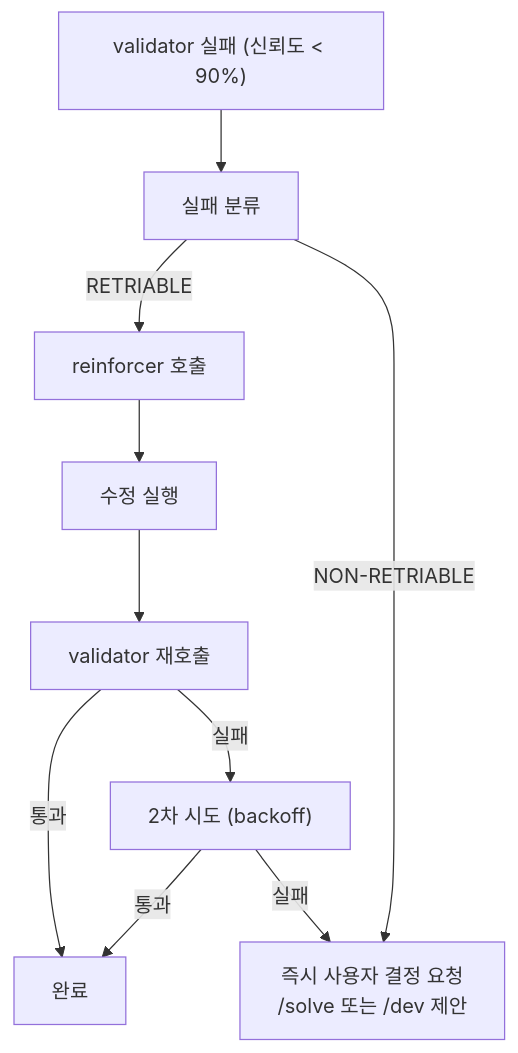
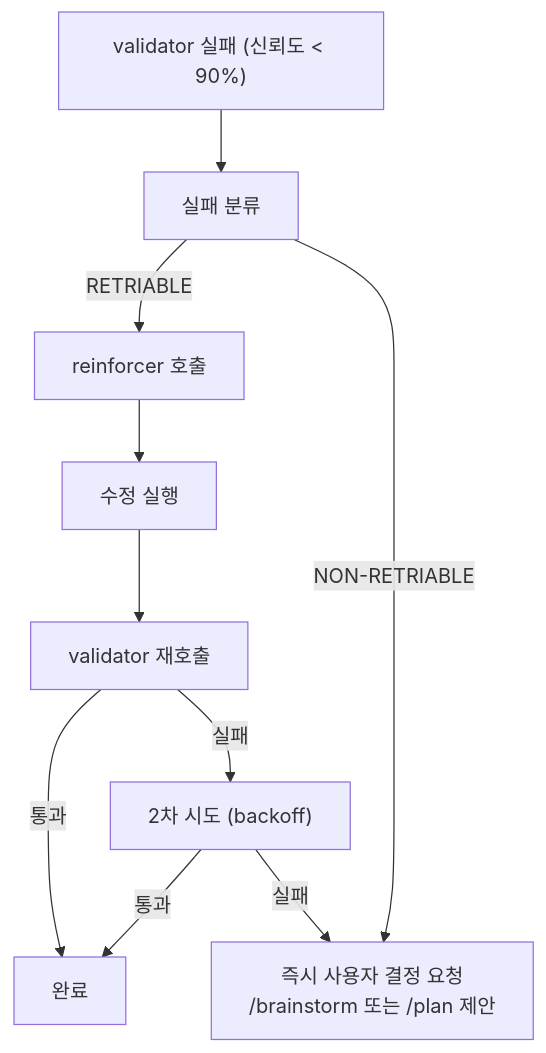
Before and after one commit to Wondermove-Inc/calab-claude-plugin: the first of 2 diagrams in plugins/calab-plugin/agents/reinforcer.md, drawn with Mermaid. The commit also changed other lines of this file and 69 other files, not shown here.

First line of the commit message:
refactor: 워크플로우 간소화 — /dev,/solve 제거, /brainstorm,/plan 도입

````diff
--- a/plugins/calab-plugin/agents/reinforcer.md
+++ b/plugins/calab-plugin/agents/reinforcer.md
@@ -311,13 +324,13 @@
 ```mermaid
 graph TD
     FAIL["validator 실패 (신뢰도 < 90%)"] --> CLASSIFY["실패 분류"]
     CLASSIFY -->|RETRIABLE| REINFORCE["reinforcer 호출"]
-    CLASSIFY -->|NON-RETRIABLE| USER_DECISION["즉시 사용자 결정 요청<br/>/solve 또는 /dev 제안"]
+    CLASSIFY -->|NON-RETRIABLE| USER_DECISION["즉시 사용자 결정 요청<br/>/brainstorm 또는 /plan 제안"]
 
     REINFORCE --> FIX["수정 실행"]
     FIX --> REVALIDATE["validator 재호출"]
     REVALIDATE -->|통과| DONE["완료"]
     REVALIDATE -->|실패| RETRY["2차 시도 (backoff)"]
     RETRY -->|통과| DONE
     RETRY -->|실패| USER_DECISION
 ```
````
